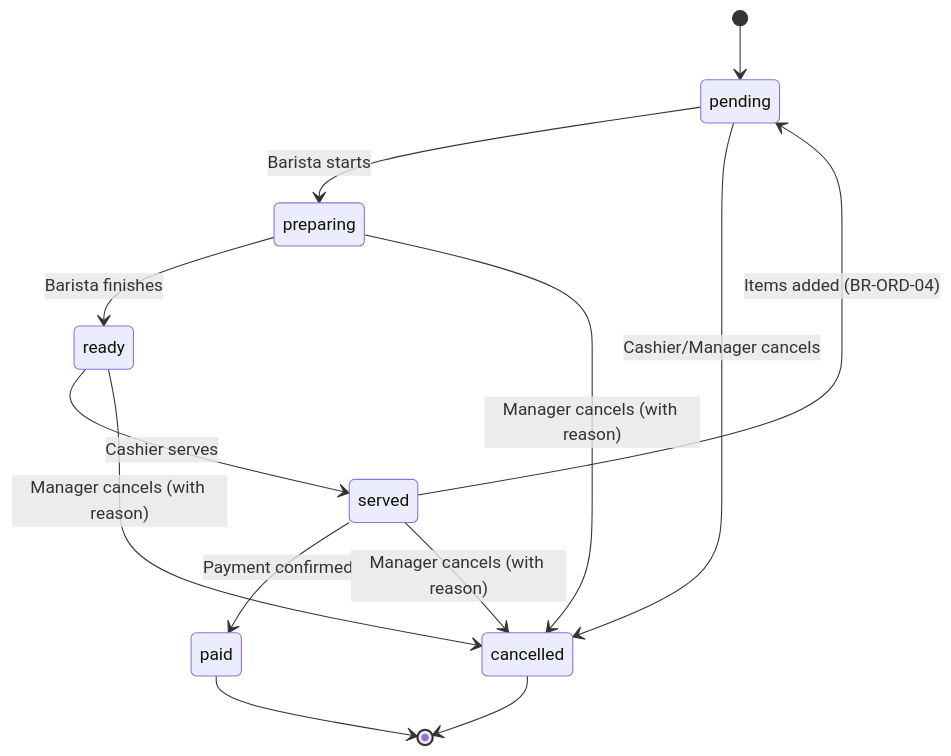
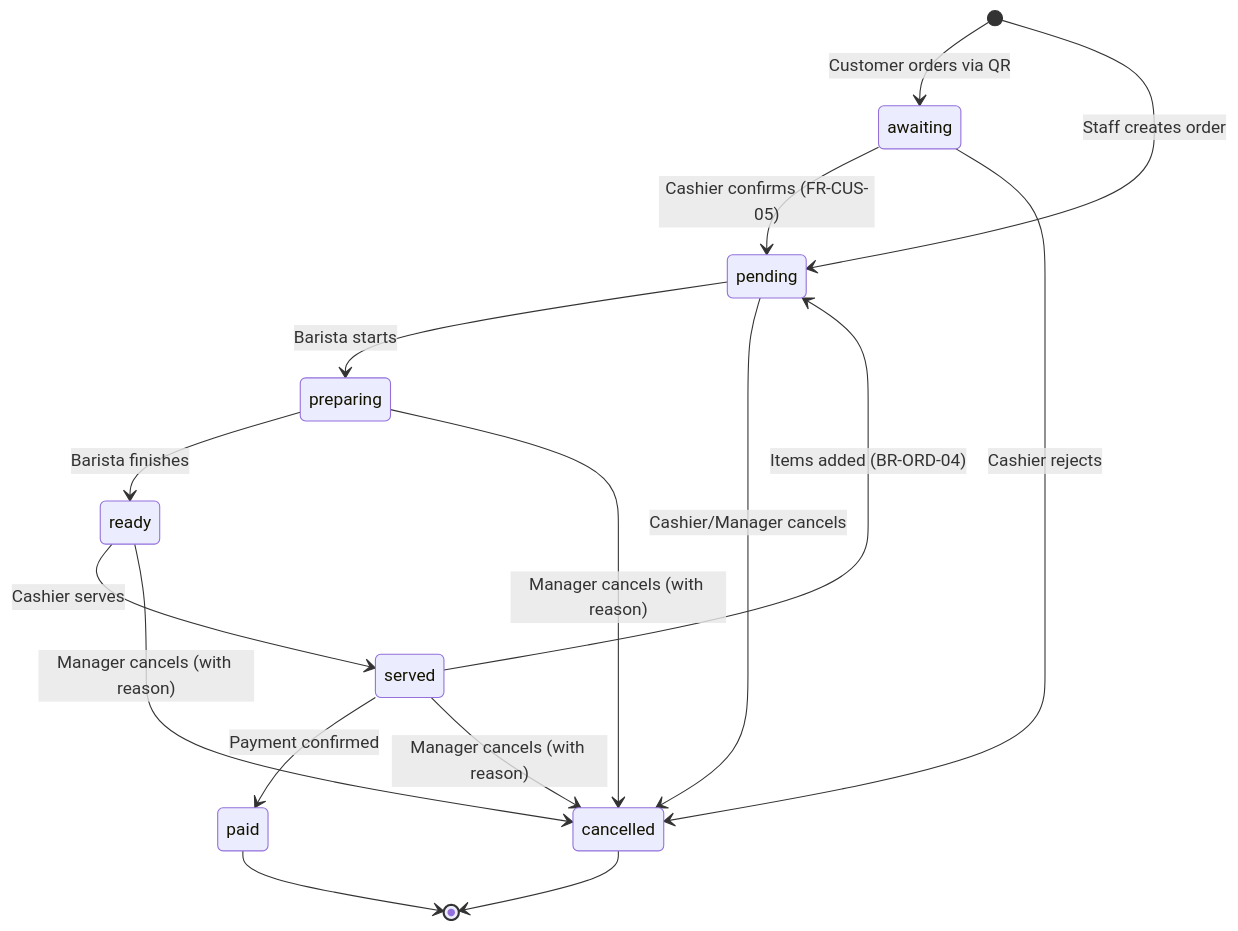
Before and after one commit to huytran303/CafeManagementSystem: the second of 4 diagrams in docs/product-brief.md, drawn with Mermaid. The commit also changed other lines of this file and 7 other files, not shown here.

````diff
--- a/docs/product-brief.md
+++ b/docs/product-brief.md
@@ -148,15 +152,18 @@
 ```mermaid
 stateDiagram-v2
-    [*] --> pending
+    [*] --> awaiting: Customer orders via QR
+    [*] --> pending: Staff creates order
+    awaiting --> pending: Cashier confirms (FR-CUS-05)
+    awaiting --> cancelled: Cashier rejects
     pending --> preparing: Barista starts
     pending --> cancelled: Cashier/Manager cancels
     preparing --> ready: Barista finishes
     preparing --> cancelled: Manager cancels (with reason)
     ready --> served: Cashier serves
     ready --> cancelled: Manager cancels (with reason)
     served --> paid: Payment confirmed
     served --> pending: Items added (BR-ORD-04)
     served --> cancelled: Manager cancels (with reason)
     paid --> [*]
     cancelled --> [*]
 ```
````
